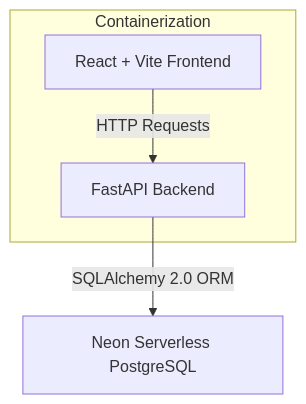
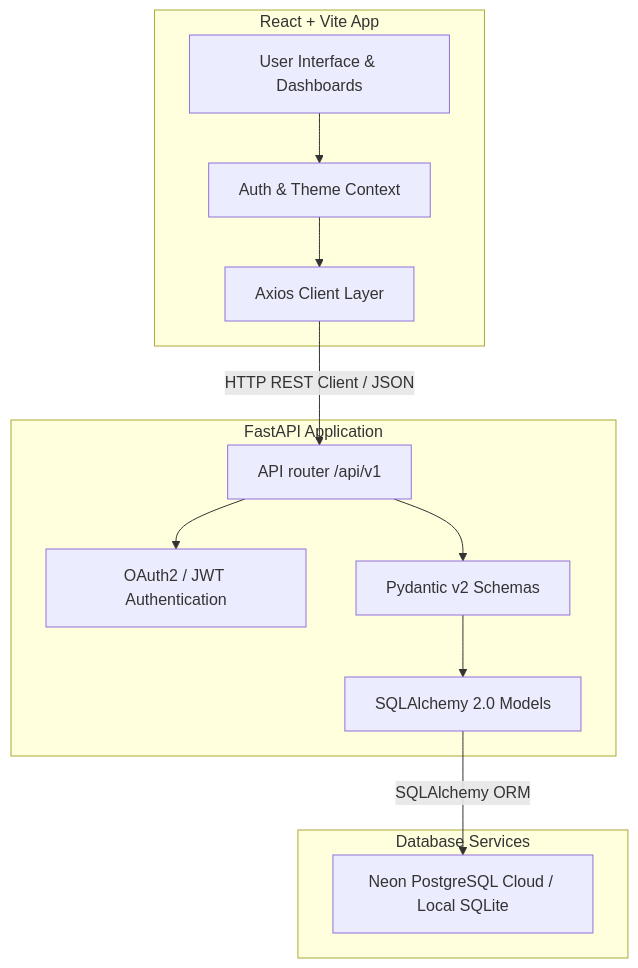
One commit to MAK-git1/inventory-order-management-system changed the diagram in README.md. Above: the diagram before and after it, drawn with Mermaid. The commit also changed other lines of this file and 13 other files, not shown here.

````diff
--- a/README.md
+++ b/README.md
@@ -42,9 +45,27 @@
 ```mermaid
 graph TD
-    A[React + Vite Frontend] -->|HTTP Requests| B[FastAPI Backend]
-    B -->|SQLAlchemy 2.0 ORM| C[Neon Serverless PostgreSQL]
-    subgraph Containerization
-        A
-        B
+    subgraph Frontend [React + Vite App]
+        UI[User Interface & Dashboards]
+        State[Auth & Theme Context]
+        API_Client[Axios Client Layer]
     end
+
+    subgraph Backend [FastAPI Application]
+        Router[API router /api/v1]
+        Auth[OAuth2 / JWT Authentication]
+        Schemas[Pydantic v2 Schemas]
+        Models[SQLAlchemy 2.0 Models]
+    end
+
+    subgraph Database [Database Services]
+        Neon[Neon PostgreSQL Cloud / Local SQLite]
+    end
+
+    UI --> State
+    State --> API_Client
+    API_Client -->|HTTP REST Client / JSON| Router
+    Router --> Auth
+    Router --> Schemas
+    Schemas --> Models
+    Models -->|SQLAlchemy ORM| Neon
 ```
````
